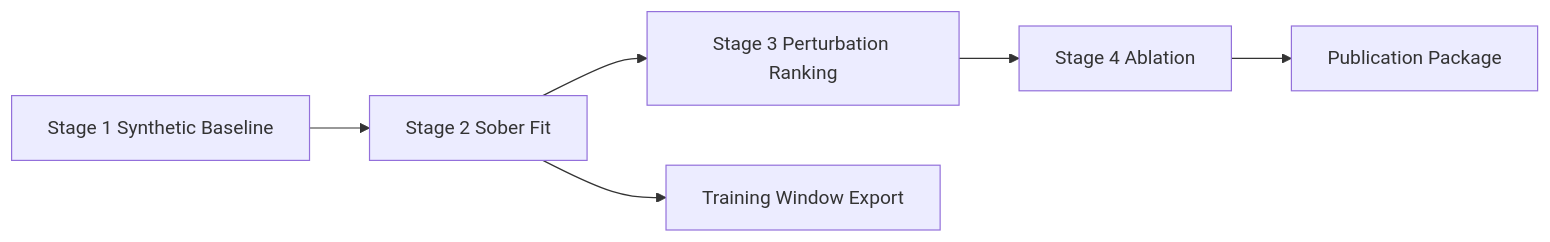
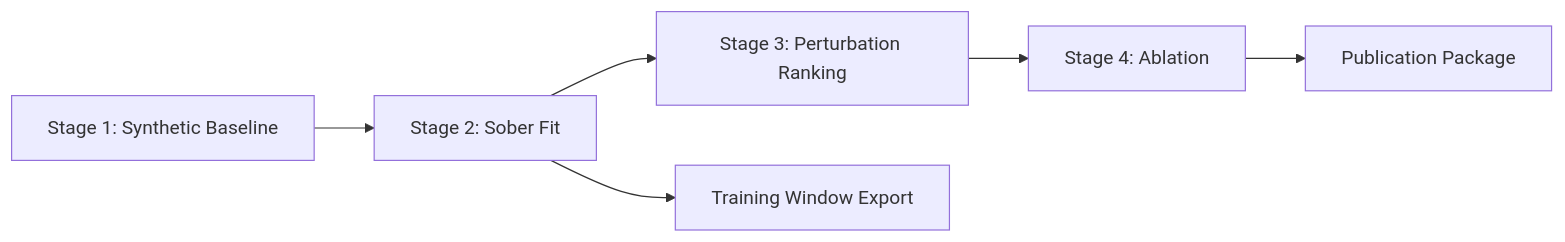
Before and after one commit to grimgrimberg/LSD_Thesis: the third of 3 diagrams in ARCHITECTURE.md, drawn with Mermaid. The commit also changed other lines of this file and 330 other files, not shown here.

````diff
--- a/ARCHITECTURE.md
+++ b/ARCHITECTURE.md
@@ -72,8 +53,8 @@
 ```mermaid
 flowchart LR
-    S1[Stage 1 Synthetic Baseline] --> S2[Stage 2 Sober Fit]
-    S2 --> S3[Stage 3 Perturbation Ranking]
-    S3 --> S4[Stage 4 Ablation]
+    S1[Stage 1: Synthetic Baseline] --> S2[Stage 2: Sober Fit]
+    S2 --> S3[Stage 3: Perturbation Ranking]
+    S3 --> S4[Stage 4: Ablation]
     S2 --> TR[Training Window Export]
     S4 --> PUB[Publication Package]
 ```
````
